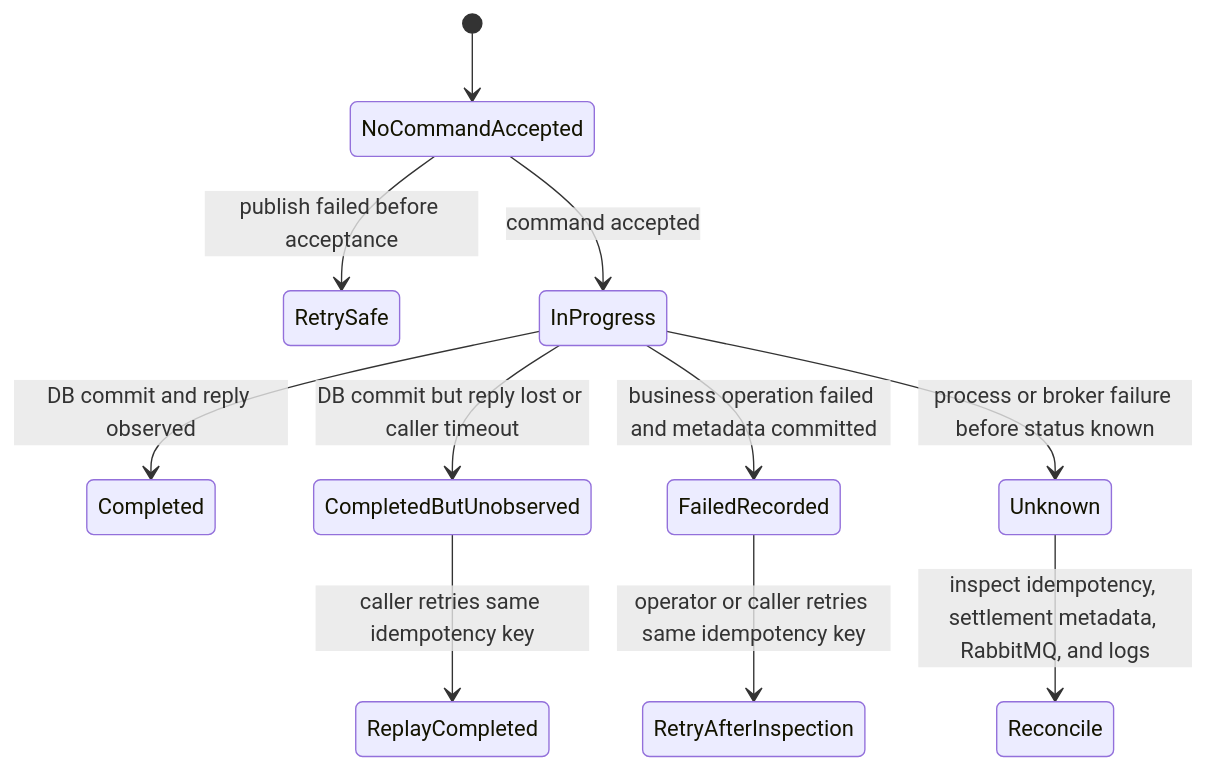
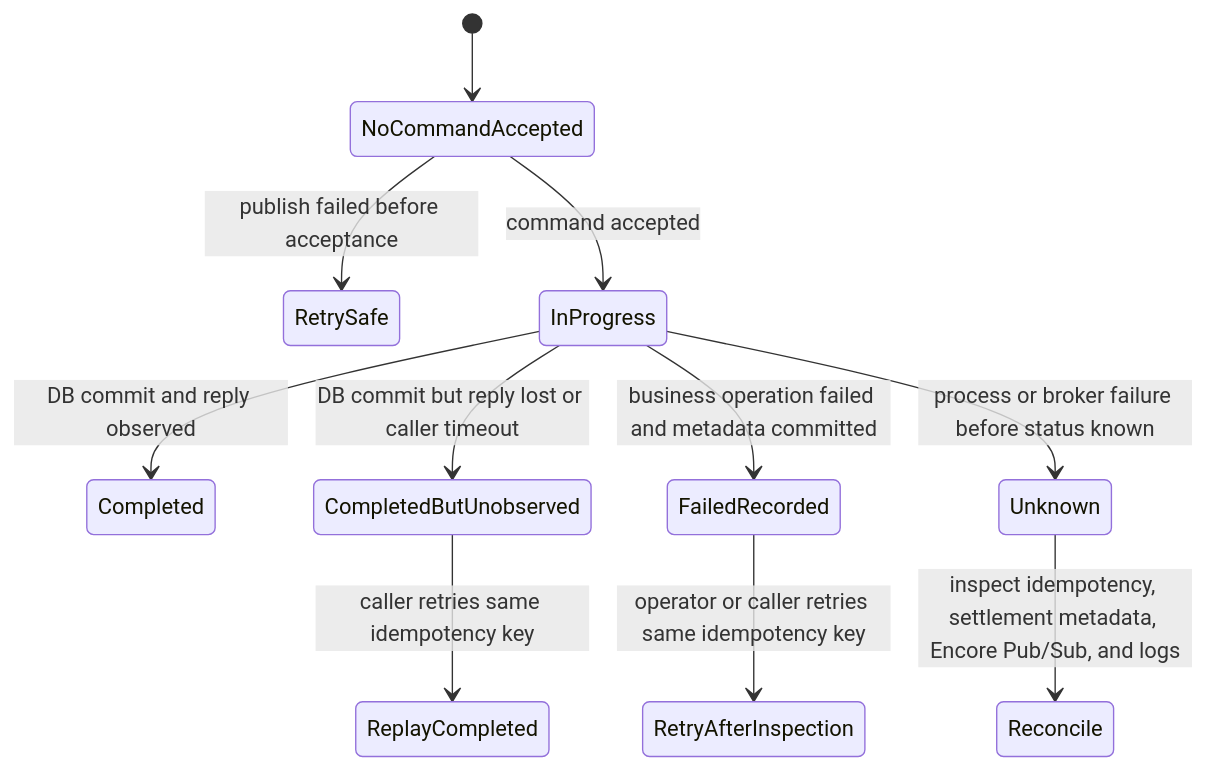
Before and after one commit to QuasarRay/eve-trade: the diagram in Architecture/ISO-42010/12-resilience-recovery-view.md, drawn with Mermaid. The commit also changed other lines of this file and 1036 other files, not shown here.

````diff
--- a/Architecture/ISO-42010/12-resilience-recovery-view.md
+++ b/Architecture/ISO-42010/12-resilience-recovery-view.md
@@ -21,13 +21,13 @@
 ```mermaid
 stateDiagram-v2
   [*] --> NoCommandAccepted
   NoCommandAccepted --> RetrySafe: publish failed before acceptance
   NoCommandAccepted --> InProgress: command accepted
   InProgress --> Completed: DB commit and reply observed
   InProgress --> CompletedButUnobserved: DB commit but reply lost or caller timeout
   InProgress --> FailedRecorded: business operation failed and metadata committed
   InProgress --> Unknown: process or broker failure before status known
   CompletedButUnobserved --> ReplayCompleted: caller retries same idempotency key
   FailedRecorded --> RetryAfterInspection: operator or caller retries same idempotency key
-  Unknown --> Reconcile: inspect idempotency, settlement metadata, RabbitMQ, and logs
+  Unknown --> Reconcile: inspect idempotency, settlement metadata, Encore Pub/Sub, and logs
 ```
````
